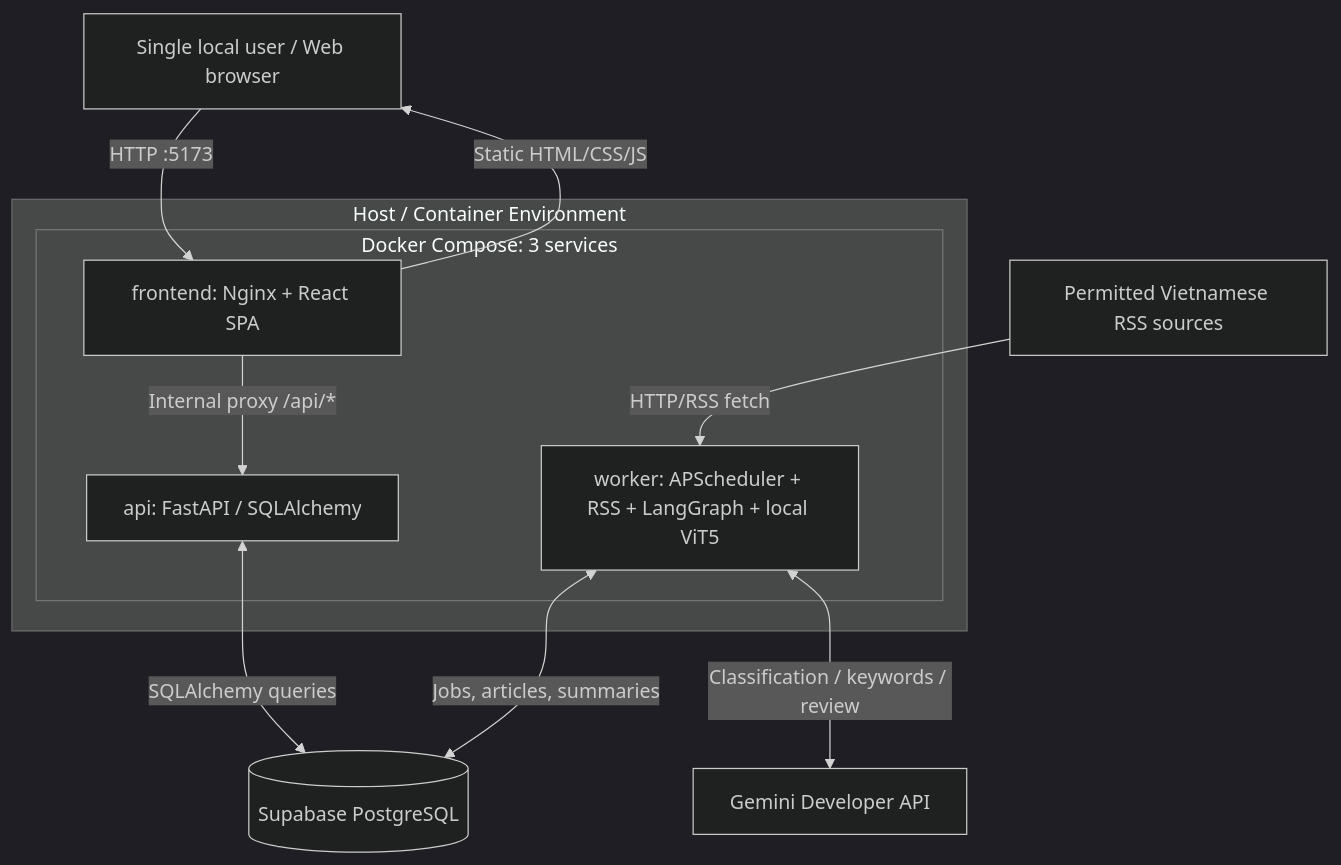
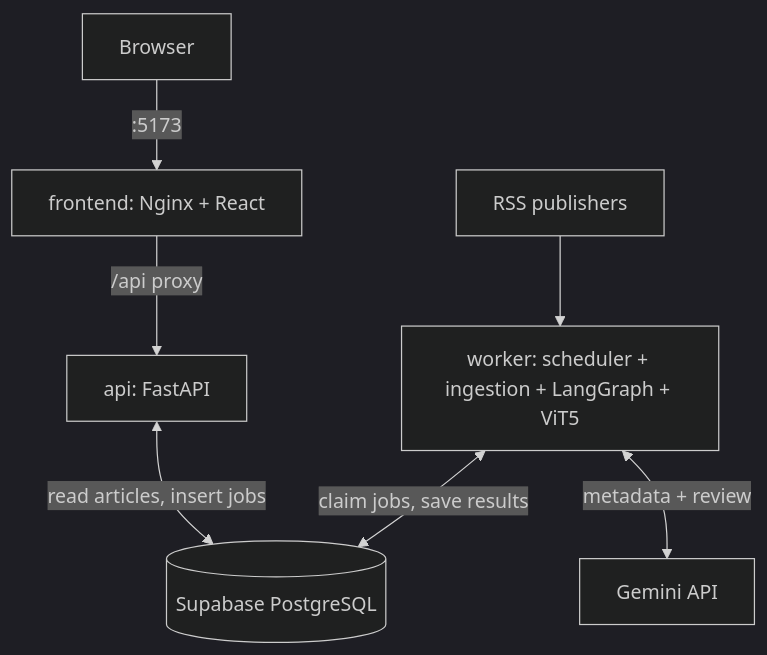
Before and after one commit to youngazier/vietnamese-news-summarization: the diagram in docs/architecture.md, drawn with Mermaid (dark theme). The commit also changed other lines of this file and 29 other files, not shown here.

````diff
--- a/docs/architecture.md
+++ b/docs/architecture.md
@@ -78,23 +46,9 @@
 ```mermaid
 flowchart TB
-    Reader[Single local user / Web browser]
-    Publisher[Permitted Vietnamese RSS sources]
-    Provider[Gemini Developer API]
-    DB[(Supabase PostgreSQL)]
-
-    subgraph Host[Host / Container Environment]
-      subgraph Compose[Docker Compose: 3 services]
-        FE[frontend: Nginx + React SPA]
-        API[api: FastAPI / SQLAlchemy]
-        WK[worker: APScheduler + RSS + LangGraph + local ViT5]
-      end
-    end
-
-    Reader -->|HTTP :5173| FE
-    FE -->|Static HTML/CSS/JS| Reader
-    FE -->|Internal proxy /api/*| API
-    API <-->|SQLAlchemy queries| DB
-    WK <-->|Jobs, articles, summaries| DB
-    Publisher -->|HTTP/RSS fetch| WK
-    WK <-->|Classification / keywords / review| Provider
+    Reader[Browser] -->|:5173| FE[frontend: Nginx + React]
+    FE -->|/api proxy| API[api: FastAPI]
+    API <-->|read articles, insert jobs| DB[(Supabase PostgreSQL)]
+    WK[worker: scheduler + ingestion + LangGraph + ViT5] <-->|claim jobs, save results| DB
+    Publishers[RSS publishers] --> WK
+    WK <-->|metadata + review| Gemini[Gemini API]
 ```
````
